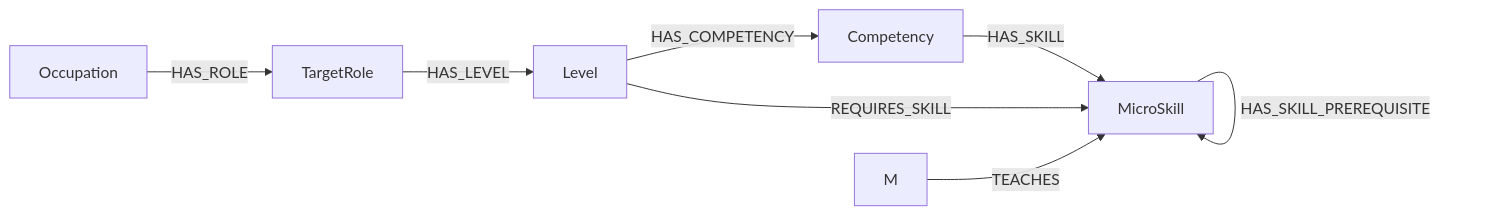
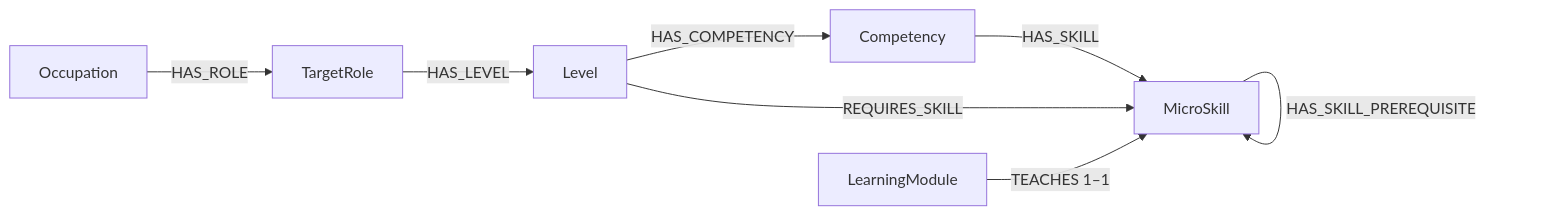
The diagram in documents/neo4j_schema.md (SEP490-Fall-2026-GFA26SE64/SEP490), drawn with Mermaid before and after one commit. The commit also changed other lines of this file, not shown here.

````diff
--- a/documents/neo4j_schema.md
+++ b/documents/neo4j_schema.md
@@ -13,10 +13,10 @@
 ```mermaid
 flowchart LR
  O[Occupation] -->|HAS_ROLE| R[TargetRole]
  R -->|HAS_LEVEL| L[Level]
  L -->|HAS_COMPETENCY| C[Competency]
  C -->|HAS_SKILL| S[MicroSkill]
  L -->|REQUIRES_SKILL| S
- M -->|TEACHES| S
+ M[LearningModule] -->|TEACHES 1–1| S
  S -->|HAS_SKILL_PREREQUISITE| S
 ```
````
